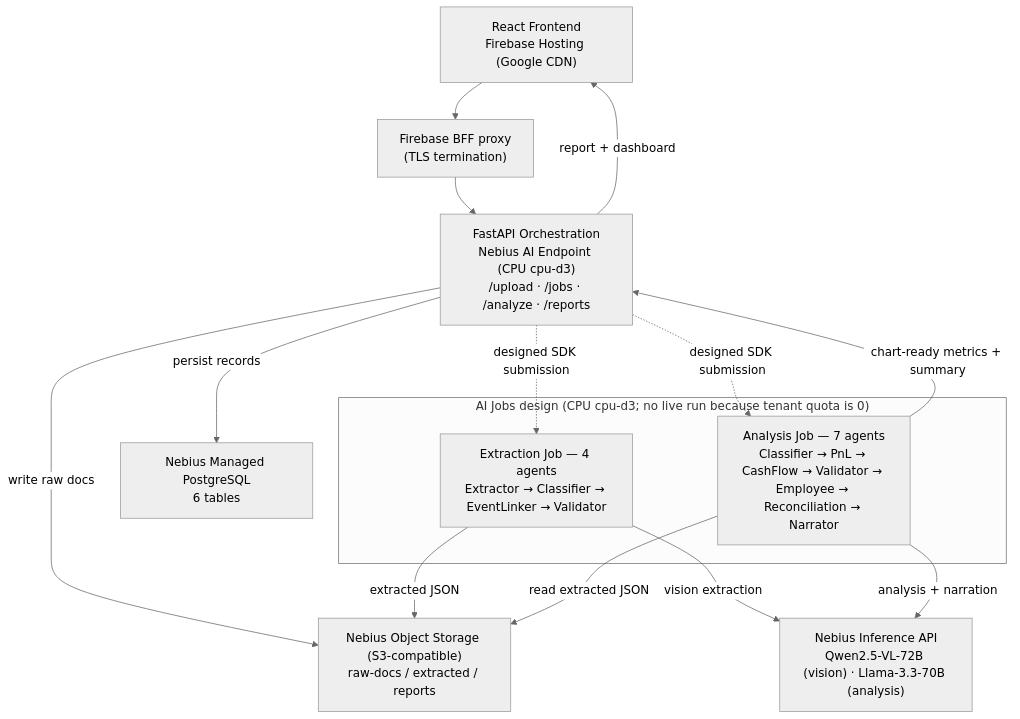
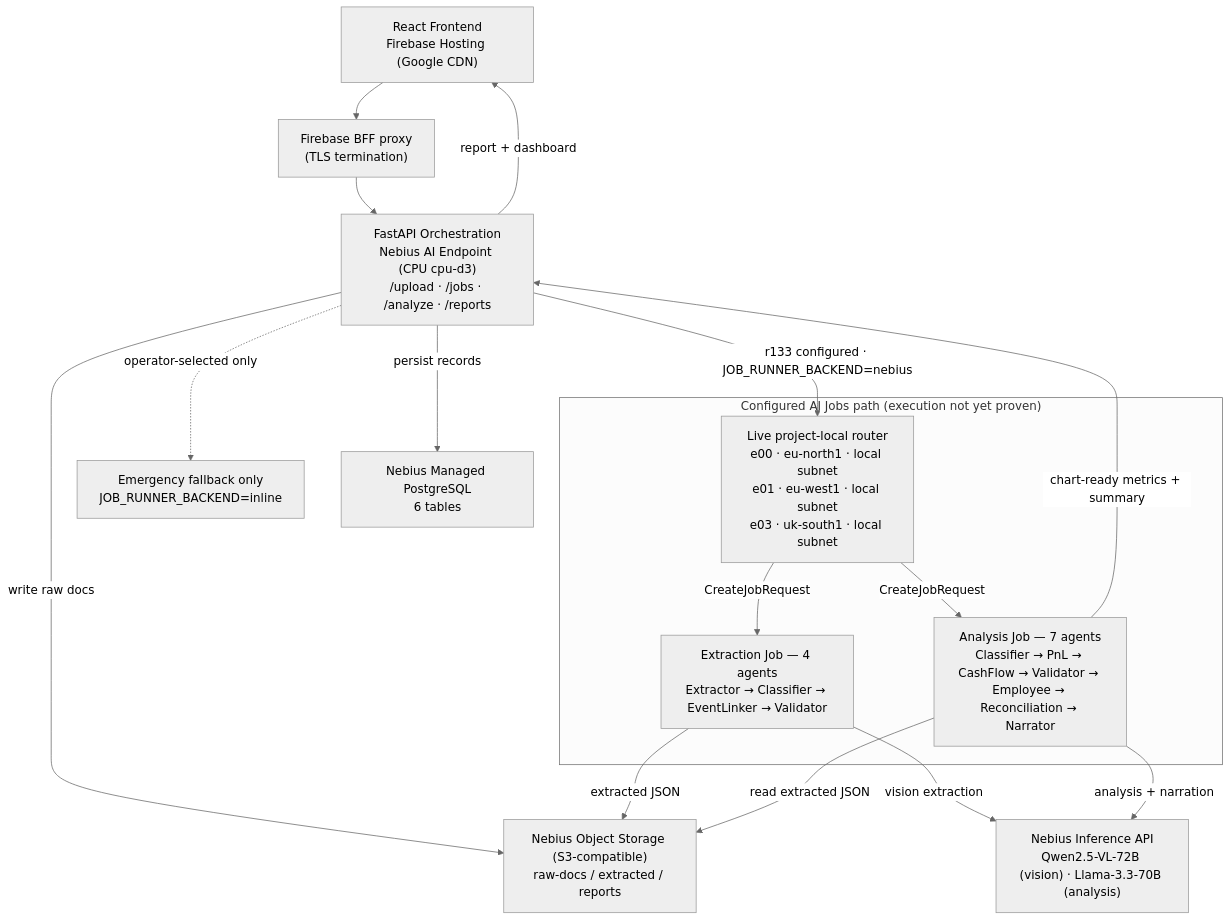
One commit to upgradedev/archon_nebius changed the diagram in README.md. Above: the diagram before and after it, drawn with Mermaid (neutral theme). The commit also changed other lines of this file and 17 other files, not shown here.

Commit message:
docs(challenge): align submission with live AI Jobs routing

````diff
--- a/README.md
+++ b/README.md
@@ -93,27 +93,32 @@
 ```mermaid
 flowchart TB
     UI["React Frontend<br/>Firebase Hosting (Google CDN)"]
     BFF["Firebase BFF proxy<br/>(TLS termination)"]
     API["FastAPI Orchestration<br/>Nebius AI Endpoint (CPU cpu-d3)<br/>/upload · /jobs · /analyze · /reports"]
 
-    subgraph JOBS["AI Jobs design (CPU cpu-d3; no live run because tenant quota is 0)"]
+    subgraph JOBS["Configured AI Jobs path (execution not yet proven)"]
+        ROUTES["Live project-local router<br/>e00 · eu-north1 · local subnet<br/>e01 · eu-west1 · local subnet<br/>e03 · uk-south1 · local subnet"]
         EXT["Extraction Job — 4 agents<br/>Extractor → Classifier → EventLinker → Validator"]
         ANA["Analysis Job — 7 agents<br/>Classifier → PnL → CashFlow → Validator → Employee → Reconciliation → Narrator"]
     end
+
+    FALLBACK["Emergency fallback only<br/>JOB_RUNNER_BACKEND=inline"]
 
     STORE["Nebius Object Storage (S3-compatible)<br/>raw-docs / extracted / reports"]
     DB["Nebius Managed PostgreSQL<br/>6 tables"]
     INF["Nebius Inference API<br/>Qwen2.5-VL-72B (vision) · Llama-3.3-70B (analysis)"]
 
     UI --> BFF --> API
     API -- "write raw docs" --> STORE
-    API -. "designed SDK submission" .-> EXT
-    API -. "designed SDK submission" .-> ANA
+    API -- "r133 configured · JOB_RUNNER_BACKEND=nebius" --> ROUTES
+    ROUTES -- "CreateJobRequest" --> EXT
+    ROUTES -- "CreateJobRequest" --> ANA
+    API -. "operator-selected only" .-> FALLBACK
     EXT -- "vision extraction" --> INF
     EXT -- "extracted JSON" --> STORE
     ANA -- "read extracted JSON" --> STORE
     ANA -- "analysis + narration" --> INF
     ANA -- "chart-ready metrics + summary" --> API
     API -- "persist records" --> DB
     API -- "report + dashboard" --> UI
 ```
````
